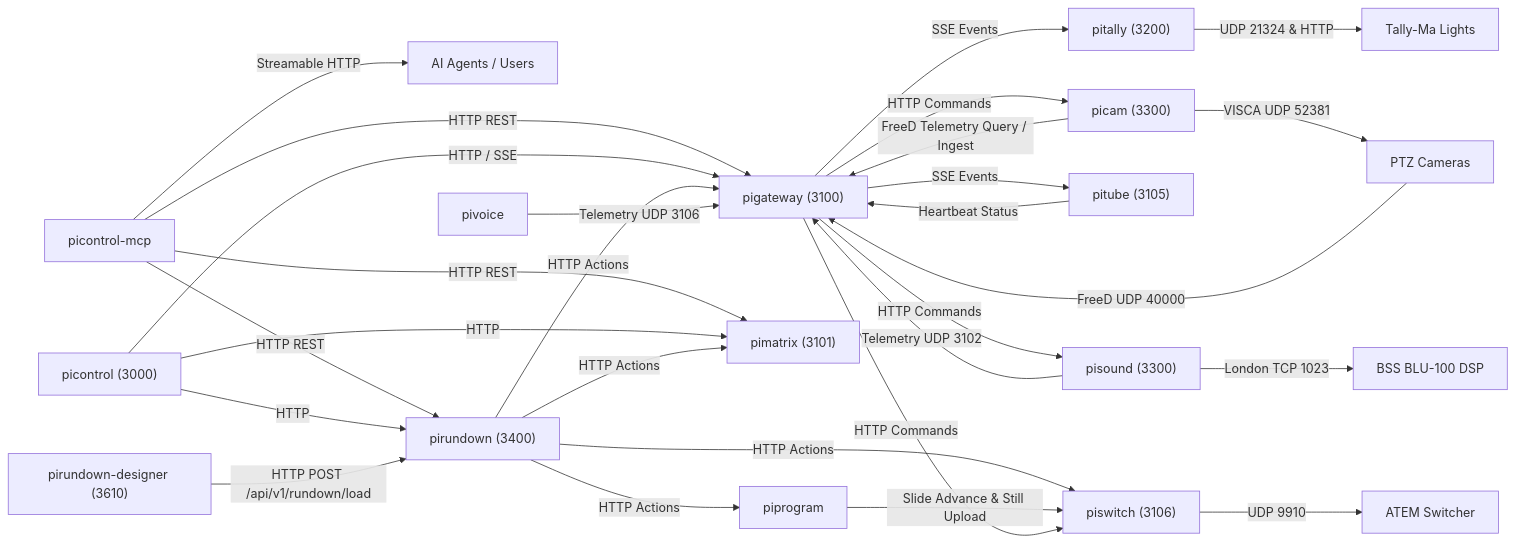
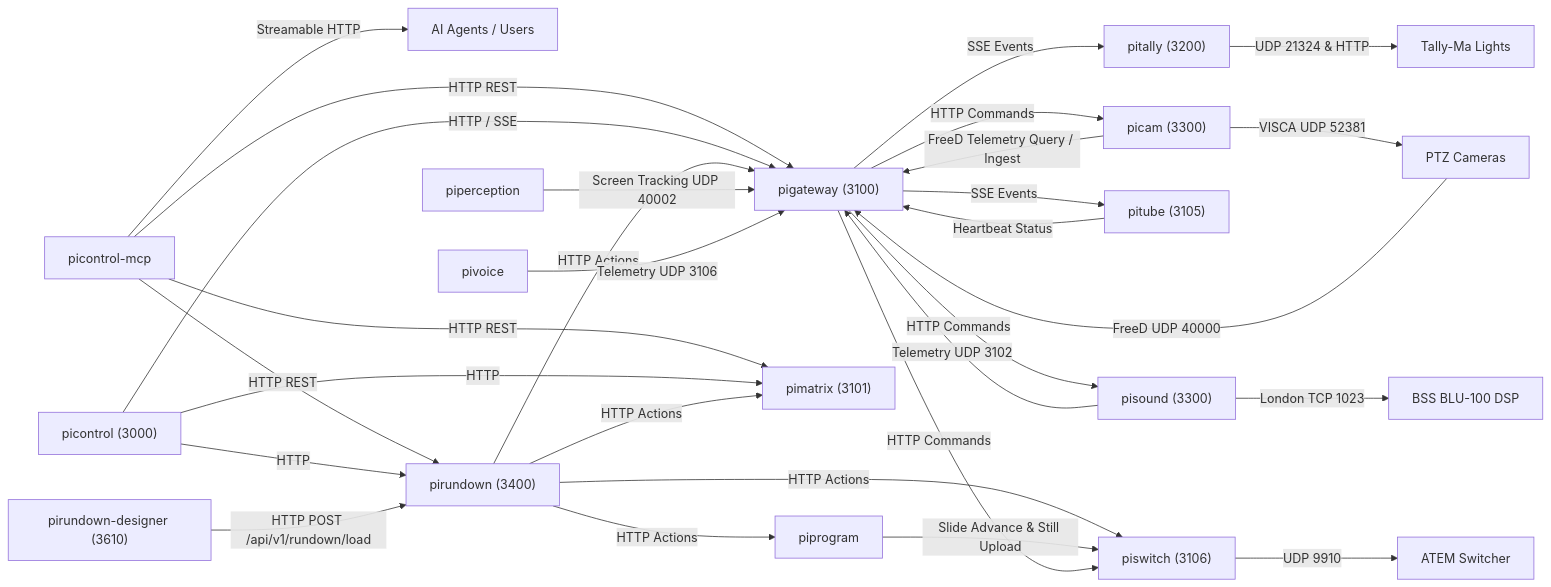
Before and after one commit to jsilvanus/piecosystem: the diagram in docs/inter-service-matrix.md, drawn with Mermaid. The commit also changed other lines of this file and 1 other file, not shown here.

Commit message:
docs: add 2d screen tracking applications architecture and port matrix updates

````diff
--- a/docs/inter-service-matrix.md
+++ b/docs/inter-service-matrix.md
@@ -58,38 +59,39 @@
 ```mermaid
 graph LR
     MCP["picontrol-mcp"] -->|Streamable HTTP| OPERATOR["AI Agents / Users"]
     MCP -->|HTTP REST| PIGATEWAY["pigateway (3100)"]
     MCP -->|HTTP REST| PIRUNDOWN["pirundown (3400)"]
     MCP -->|HTTP REST| PIMATRIX["pimatrix (3101)"]
 
     PICONTROL["picontrol (3000)"] -->|HTTP / SSE| PIGATEWAY
     PICONTROL -->|HTTP| PIRUNDOWN
     PICONTROL -->|HTTP| PIMATRIX
 
     DESIGNER["pirundown-designer (3610)"] -->|HTTP POST /api/v1/rundown/load| PIRUNDOWN
 
     PIRUNDOWN -->|HTTP Actions| PIGATEWAY
     PIRUNDOWN -->|HTTP Actions| PIMATRIX
     PIRUNDOWN -->|HTTP Actions| PISWITCH["piswitch (3106)"]
     PIRUNDOWN -->|HTTP Actions| PIPROGRAM["piprogram"]
 
     PIPROGRAM -->|Slide Advance & Still Upload| PISWITCH
 
     PIGATEWAY -->|SSE Events| PITALLY["pitally (3200)"]
     PIGATEWAY -->|SSE Events| PITUBE["pitube (3105)"]
     PIGATEWAY -->|HTTP Commands| PICAM["picam (3300)"]
     PIGATEWAY -->|HTTP Commands| PISOUND["pisound (3300)"]
     PIGATEWAY -->|HTTP Commands| PISWITCH
 
     PICAM -->|FreeD Telemetry Query / Ingest| PIGATEWAY
     CAMS["PTZ Cameras"] -->|FreeD UDP 40000| PIGATEWAY
 
     PITUBE -->|Heartbeat Status| PIGATEWAY
+    PERCEPTION["piperception"] -->|Screen Tracking UDP 40002| PIGATEWAY
     PIVOICE["pivoice"] -->|Telemetry UDP 3106| PIGATEWAY
     PISOUND -->|Telemetry UDP 3102| PIGATEWAY
 
     PICAM -->|VISCA UDP 52381| CAMS["PTZ Cameras"]
     PISOUND -->|London TCP 1023| BSS["BSS BLU-100 DSP"]
     PISWITCH -->|UDP 9910| ATEM["ATEM Switcher"]
     PITALLY -->|UDP 21324 & HTTP| TALLIES["Tally-Ma Lights"]
 ```
````
